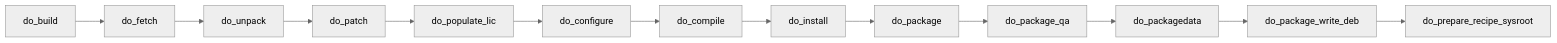
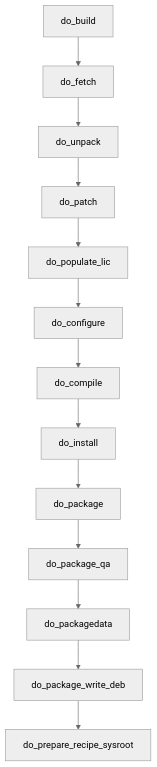
Before and after one commit to Drazev/yocto-guides: the diagram in recipes-guide.md, drawn with Mermaid (neutral theme).

Commit message:
switch to top down

````diff
--- a/recipes-guide.md
+++ b/recipes-guide.md
@@ -16,4 +16,4 @@
 ```mermaid
-  flowchart LR
+  flowchart TD
     do_build --> do_fetch --> do_unpack --> do_patch --> do_populate_lic --> do_configure --> do_compile --> do_install --> do_package --> do_package_qa --> do_packagedata --> do_package_write_deb --> do_prepare_recipe_sysroot
 ```
````
